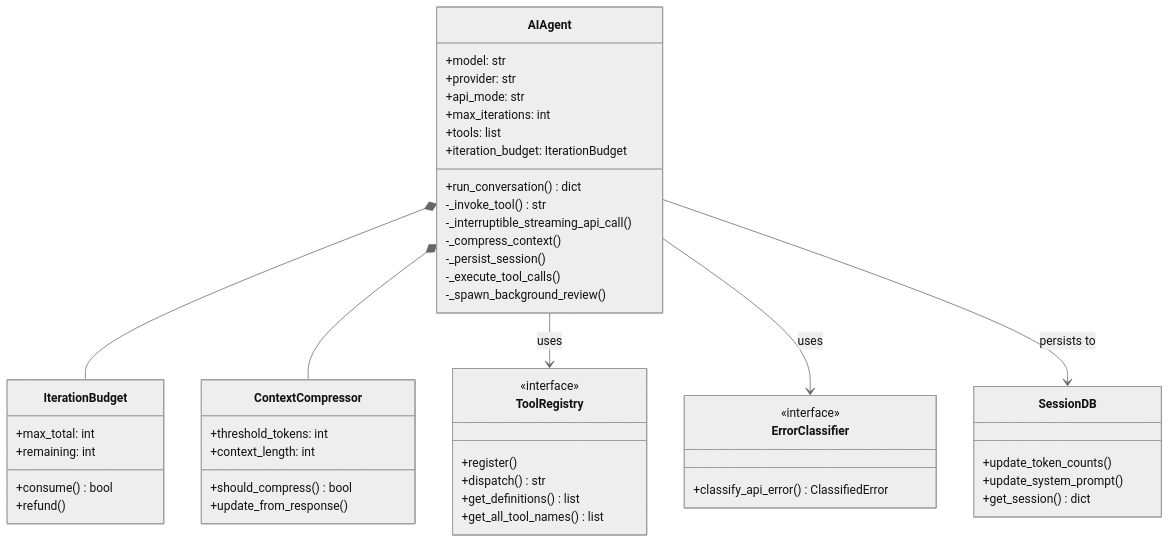
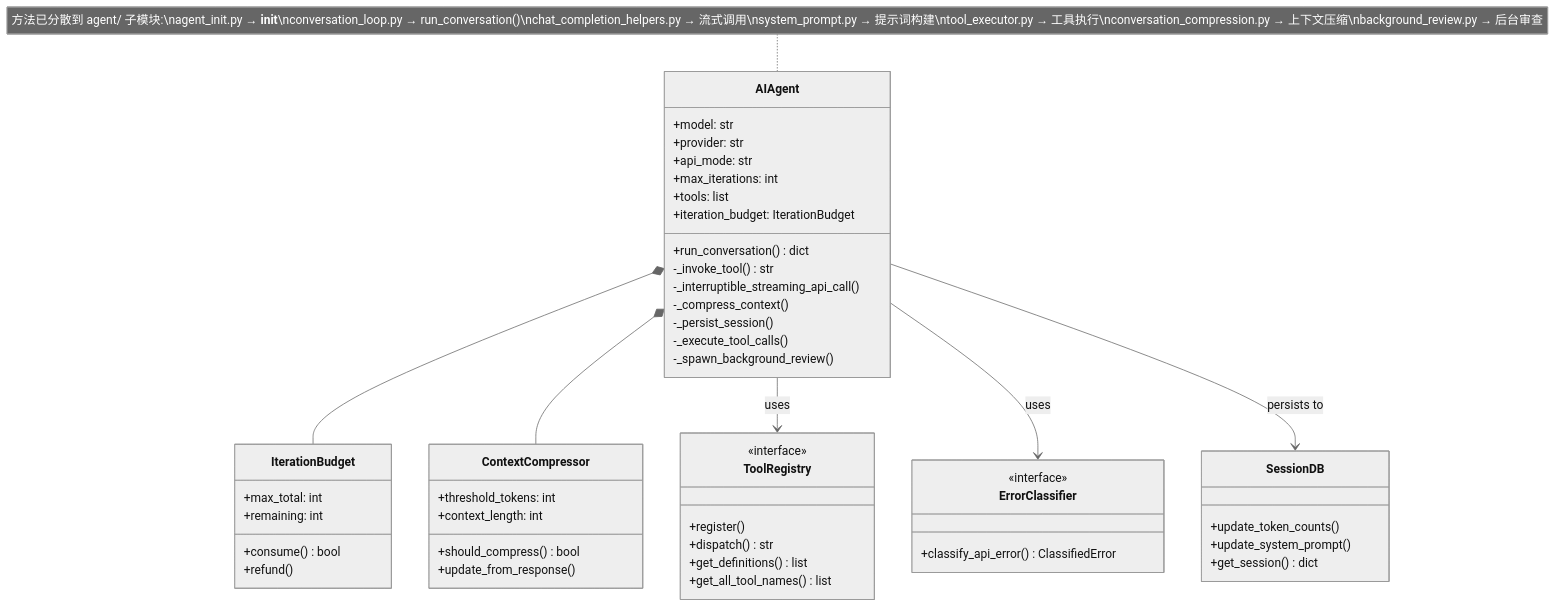
Before and after one commit to pty819/hermes-docs: the first of 7 diagrams in chapters/agent-loop.rst, drawn with Mermaid (neutral theme). The commit also changed other lines of this file and 9 other files, not shown here.

```diff
--- a/chapters/agent-loop.rst
+++ b/chapters/agent-loop.rst
@@ -79,59 +140,61 @@
 .. mermaid::
    :name: agent-class-diagram
-   :caption: AIAgent 核心类与依赖关系
+   :caption: AIAgent 核心类与模块化依赖关系
 
    classDiagram
        class AIAgent {
            +model: str
            +provider: str
            +api_mode: str
            +max_iterations: int
            +tools: list
            +iteration_budget: IterationBudget
            +run_conversation() dict
            -_invoke_tool() str
            -_interruptible_streaming_api_call()
            -_compress_context()
            -_persist_session()
            -_execute_tool_calls()
            -_spawn_background_review()
        }
 
        class IterationBudget {
            +max_total: int
            +consume() bool
            +refund()
            +remaining: int
        }
 
        class ContextCompressor {
            +threshold_tokens: int
            +context_length: int
            +should_compress() bool
            +update_from_response()
        }
 
        class ToolRegistry {
            +register()
            +dispatch() str
            +get_definitions() list
            +get_all_tool_names() list
            <<interface>>
        }
 
        class ErrorClassifier {
            +classify_api_error() ClassifiedError
            <<interface>>
        }
 
        class SessionDB {
            +update_token_counts()
            +update_system_prompt()
            +get_session() dict
        }
 
        AIAgent *-- IterationBudget
        AIAgent *-- ContextCompressor
        AIAgent --> ToolRegistry : uses
        AIAgent --> ErrorClassifier : uses
        AIAgent --> SessionDB : persists to
+
+       note for AIAgent "方法已分散到 agent/ 子模块:\nagent_init.py → __init__\nconversation_loop.py → run_conversation()\nchat_completion_helpers.py → 流式调用\nsystem_prompt.py → 提示词构建\ntool_executor.py → 工具执行\nconversation_compression.py → 上下文压缩\nbackground_review.py → 后台审查"
```
